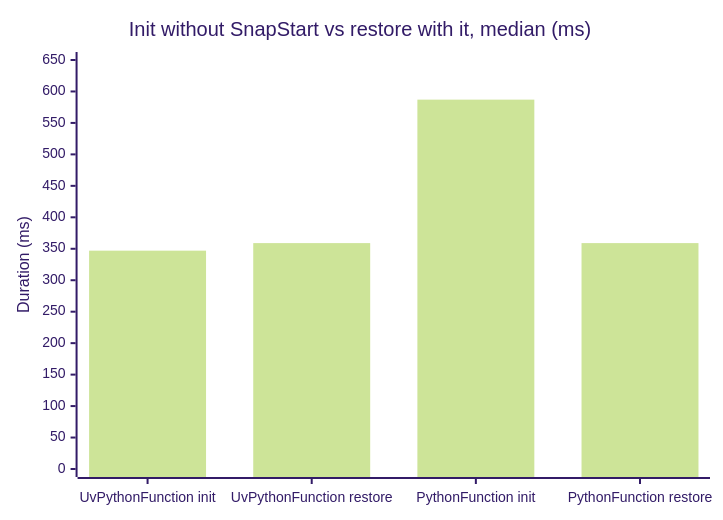
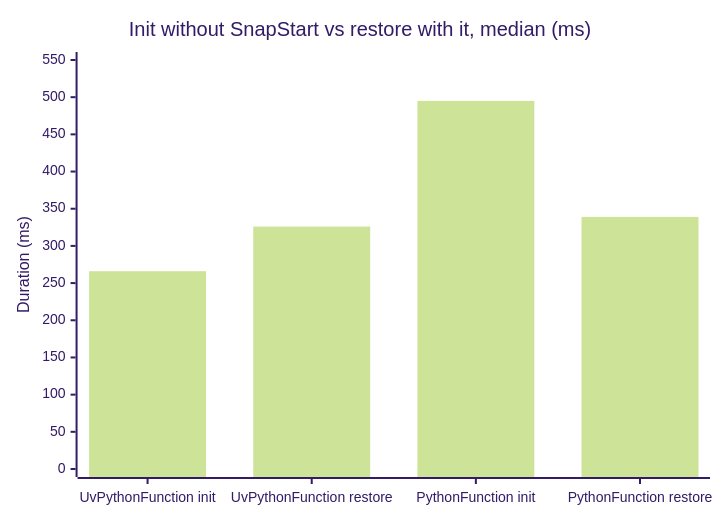
The second of 3 diagrams in cdk/lambda-python-uv-enhanced/README.md (garysassano/aws-examples), drawn with Mermaid (forest theme) before and after one commit. The commit also changed other lines of this file and 6 other files, not shown here.

````diff
--- a/cdk/lambda-python-uv-enhanced/README.md
+++ b/cdk/lambda-python-uv-enhanced/README.md
@@ -49,7 +47,7 @@
 ```mermaid
 xychart-beta
   title "Init without SnapStart vs restore with it, median (ms)"
   x-axis ["UvPythonFunction init", "UvPythonFunction restore", "PythonFunction init", "PythonFunction restore"]
-  y-axis "Duration (ms)" 0 --> 650
-  bar [347, 359, 587, 359]
+  y-axis "Duration (ms)" 0 --> 550
+  bar [266, 326, 495, 339]
 ```
````
